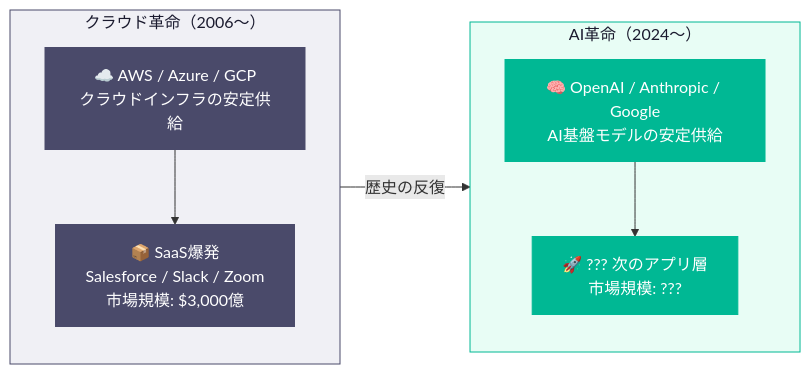
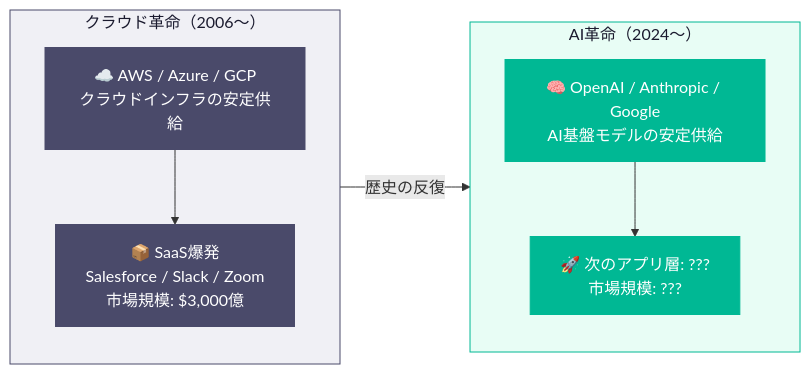
Before and after one commit to Leading-AI-IO/saas-is-dead-the-next-ai-business-model: the first of 10 diagrams in docs/jp/saas-is-dead_JP.md, drawn with Mermaid.

````diff
--- a/docs/jp/saas-is-dead_JP.md
+++ b/docs/jp/saas-is-dead_JP.md
@@ -94,25 +94,25 @@
 ```mermaid
 flowchart LR
     subgraph ERA1["クラウド革命（2006〜）"]
         direction TB
         A1["☁️ AWS / Azure / GCP\nクラウドインフラの安定供給"]
         A2["📦 SaaS爆発\nSalesforce / Slack / Zoom\n市場規模: $3,000億"]
         A1 --> A2
     end
 
     subgraph ERA2["AI革命（2024〜）"]
         direction TB
         B1["🧠 OpenAI / Anthropic / Google\nAI基盤モデルの安定供給"]
-        B2["🚀 ??? 次のアプリ層\n市場規模: ???"]
+        B2["🚀 次のアプリ層: ???\n市場規模: ???"]
         B1 --> B2
     end
 
     ERA1 -- "歴史の反復" --> ERA2
 
     style ERA1 fill:#f0f0f5,stroke:#4a4a6a,color:#1a1a2e
     style ERA2 fill:#e8fdf5,stroke:#00b894,color:#1a1a2e
     style A1 fill:#4a4a6a,stroke:#4a4a6a,color:#fff
     style A2 fill:#4a4a6a,stroke:#4a4a6a,color:#fff
     style B1 fill:#00b894,stroke:#00b894,color:#fff
     style B2 fill:#00b894,stroke:#00b894,color:#fff
 ```
````
